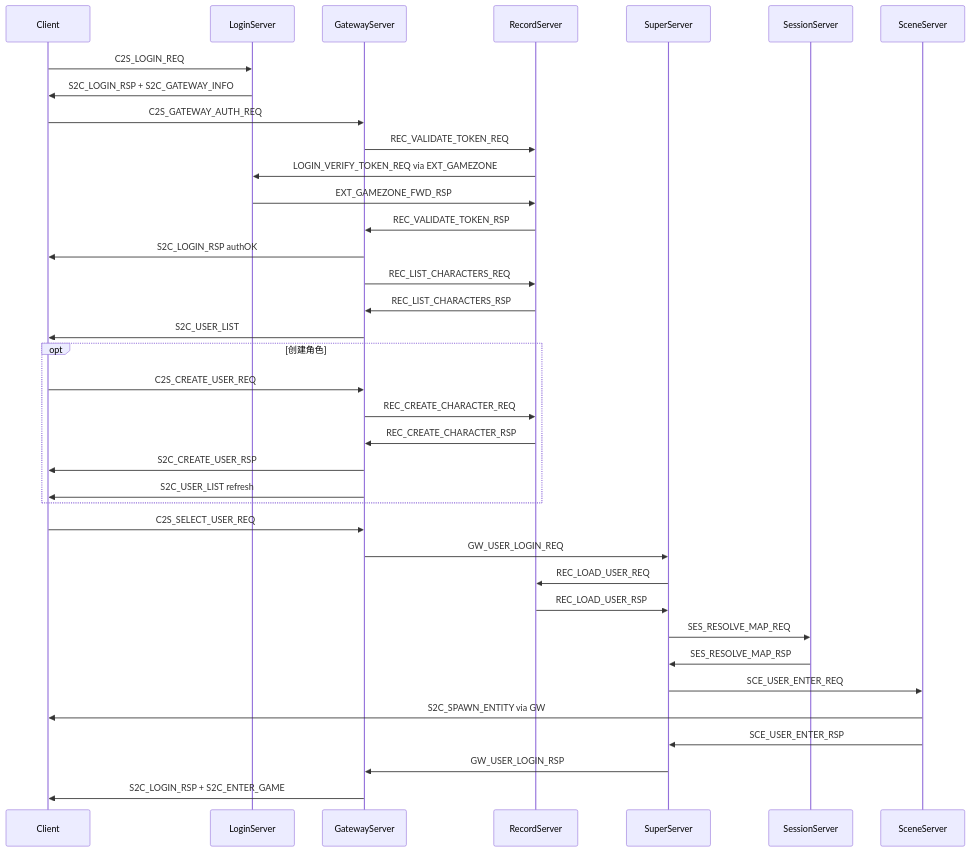
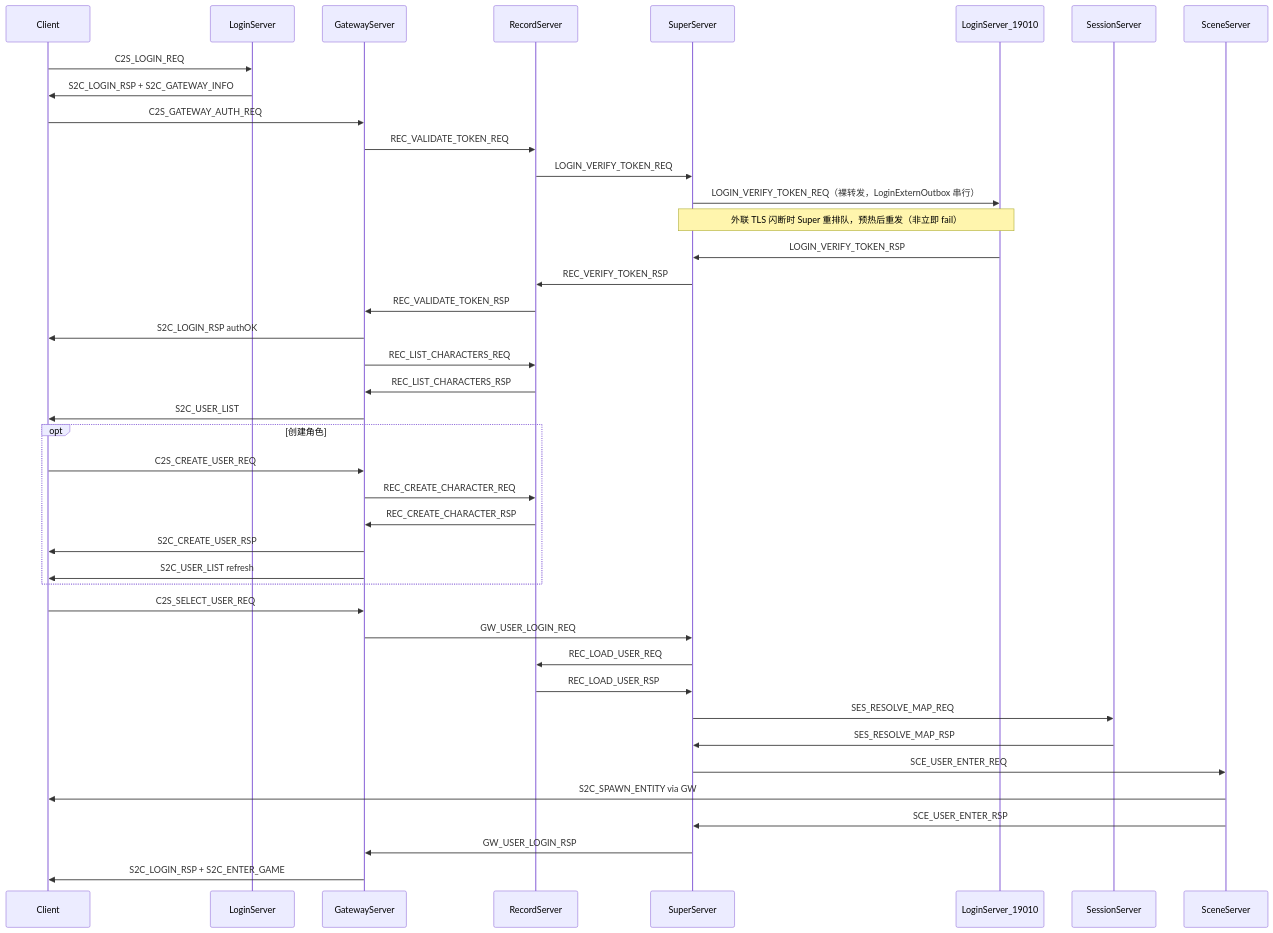
The first of 2 diagrams in docs/LOGIN_CHAR_FLOW.md (hechuangguo/RPG_Server), drawn with Mermaid before and after one commit. The commit also changed other lines of this file and 62 other files, not shown here.

````diff
--- a/docs/LOGIN_CHAR_FLOW.md
+++ b/docs/LOGIN_CHAR_FLOW.md
@@ -42,42 +44,46 @@
 ```mermaid
 sequenceDiagram
     participant C as Client
     participant L as LoginServer
     participant G as GatewayServer
     participant R as RecordServer
     participant S as SuperServer
+    participant LReg as LoginServer_19010
     participant Ses as SessionServer
     participant Sc as SceneServer
 
     C->>L: C2S_LOGIN_REQ
     L->>C: S2C_LOGIN_RSP + S2C_GATEWAY_INFO
     C->>G: C2S_GATEWAY_AUTH_REQ
     G->>R: REC_VALIDATE_TOKEN_REQ
-    R->>L: LOGIN_VERIFY_TOKEN_REQ via EXT_GAMEZONE
-    L->>R: EXT_GAMEZONE_FWD_RSP
+    R->>S: LOGIN_VERIFY_TOKEN_REQ
+    S->>LReg: LOGIN_VERIFY_TOKEN_REQ（裸转发，LoginExternOutbox 串行）
+    Note over S,LReg: 外联 TLS 闪断时 Super 重排队，预热后重发（非立即 fail）
+    LReg->>S: LOGIN_VERIFY_TOKEN_RSP
+    S->>R: REC_VERIFY_TOKEN_RSP
     R->>G: REC_VALIDATE_TOKEN_RSP
     G->>C: S2C_LOGIN_RSP authOK
     G->>R: REC_LIST_CHARACTERS_REQ
     R->>G: REC_LIST_CHARACTERS_RSP
     G->>C: S2C_USER_LIST
 
     opt 创建角色
         C->>G: C2S_CREATE_USER_REQ
         G->>R: REC_CREATE_CHARACTER_REQ
         R->>G: REC_CREATE_CHARACTER_RSP
         G->>C: S2C_CREATE_USER_RSP
         G->>C: S2C_USER_LIST refresh
     end
 
     C->>G: C2S_SELECT_USER_REQ
     G->>S: GW_USER_LOGIN_REQ
     S->>R: REC_LOAD_USER_REQ
     R->>S: REC_LOAD_USER_RSP
     S->>Ses: SES_RESOLVE_MAP_REQ
     Ses->>S: SES_RESOLVE_MAP_RSP
     S->>Sc: SCE_USER_ENTER_REQ
     Sc->>C: S2C_SPAWN_ENTITY via GW
     Sc->>S: SCE_USER_ENTER_RSP
     S->>G: GW_USER_LOGIN_RSP
     G->>C: S2C_LOGIN_RSP + S2C_ENTER_GAME
 ```
````
